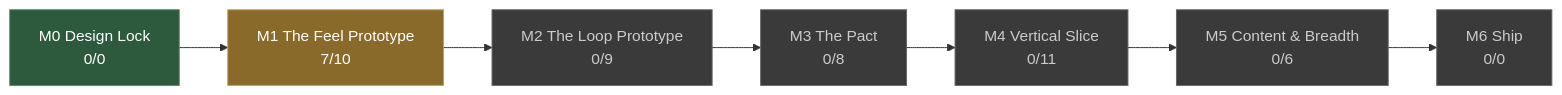
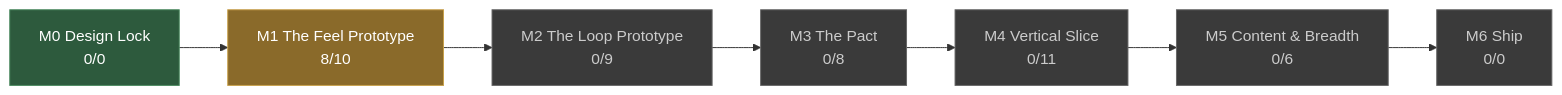
The diagram in docs/STATUS.md (JoshuaGessner/she), drawn with Mermaid before and after one commit. The commit also changed other lines of this file and 9 other files, not shown here.

````diff
--- a/docs/STATUS.md
+++ b/docs/STATUS.md
@@ -13,19 +13,19 @@
 ```mermaid
 flowchart LR
   M0["M0 Design Lock<br/>0/0"]:::passed
-  M1["M1 The Feel Prototype<br/>7/10"]:::current
+  M1["M1 The Feel Prototype<br/>8/10"]:::current
   M0 --> M1
   M2["M2 The Loop Prototype<br/>0/9"]:::ahead
   M1 --> M2
   M3["M3 The Pact<br/>0/8"]:::ahead
   M2 --> M3
   M4["M4 Vertical Slice<br/>0/11"]:::ahead
   M3 --> M4
   M5["M5 Content & Breadth<br/>0/6"]:::ahead
   M4 --> M5
   M6["M6 Ship<br/>0/0"]:::ahead
   M5 --> M6
   classDef passed fill:#2d5a3d,stroke:#4a8a5f,color:#fff
   classDef current fill:#8a6a2a,stroke:#c8a04a,color:#fff
   classDef ahead fill:#3a3a3a,stroke:#666,color:#ccc
 ```
````
